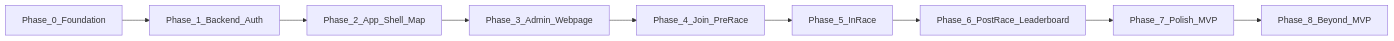
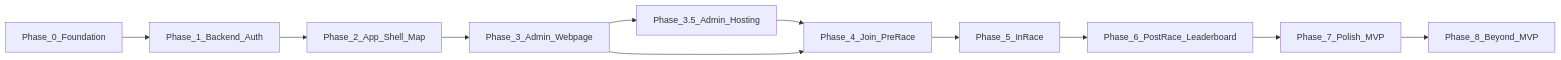
One commit to ejmdenham/Grandline_Cursor_MVP changed the diagram in Grandline_Phases.md. Above: the diagram before and after it, drawn with Mermaid. The commit also changed other lines of this file and 23 other files, not shown here.

Commit message:
ongoing: attempting to fix admin webpage race creation issues

````diff
--- a/Grandline_Phases.md
+++ b/Grandline_Phases.md
@@ -214,11 +232,13 @@
 ```mermaid
 flowchart LR
   P0[Phase_0_Foundation] --> P1[Phase_1_Backend_Auth]
   P1 --> P2[Phase_2_App_Shell_Map]
   P2 --> P3[Phase_3_Admin_Webpage]
-  P3 --> P4[Phase_4_Join_PreRace]
+  P3 --> P3_5[Phase_3.5_Admin_Hosting]
+  P3_5 --> P4[Phase_4_Join_PreRace]
+  P3 --> P4
   P4 --> P5[Phase_5_InRace]
   P5 --> P6[Phase_6_PostRace_Leaderboard]
   P6 --> P7[Phase_7_Polish_MVP]
   P7 --> P8[Phase_8_Beyond_MVP]
 ```
````
